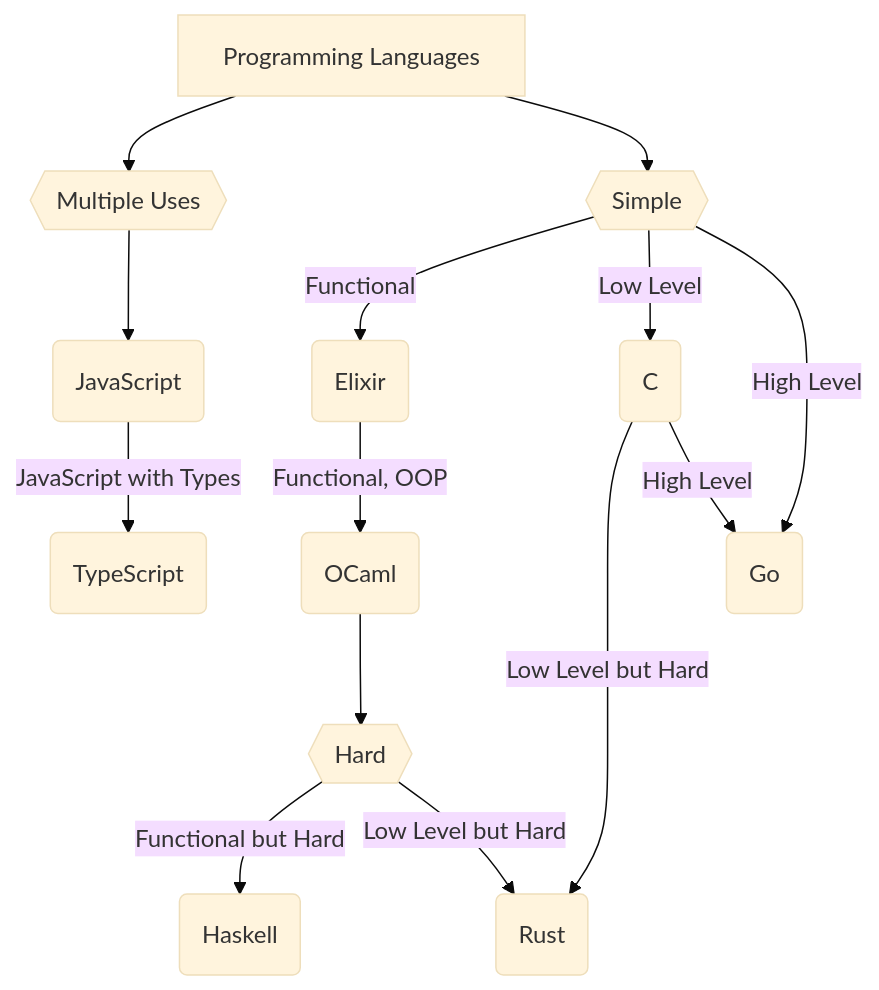
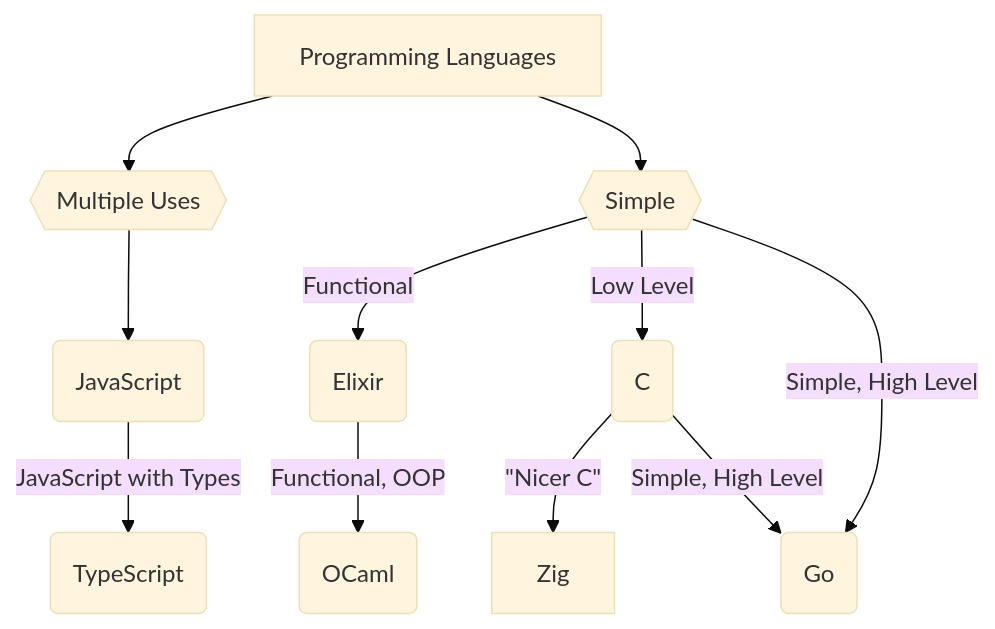
The diagram in README.md (ahmed-el-awad/languages-im-interested-in), drawn with Mermaid (base theme) before and after one commit.

Commit message:
remove Rust and Haskell, added Zig instead of Rust
Rust is not easy

````diff
--- a/README.md
+++ b/README.md
@@ -13,20 +13,19 @@
 ```mermaid
 graph
 	PLs[Programming Languages]
 
 	PLs --> Mu{{Multiple Uses}}
 	Mu --> JS(JavaScript)
 	JS -->|JavaScript with Types| TS(TypeScript)
 
 	PLs --> Simple{{Simple}}
 
-	Simple --> |Functional| Elixir(Elixir)
+    Simple --> |Functional| Elixir(Elixir)
+	Elixir --> |Functional, OOP| OCaml(OCaml)
+	
 	Simple --> |Low Level| C(C)
-	Simple --> |High Level| Go(Go)
-	Elixir -->|Functional, OOP| OCaml(OCaml)
-	OCaml --> Hard
-	Hard -->|Functional but Hard| Haskell(Haskell)
-	Hard{{Hard}} -->|Low Level but Hard| Rust(Rust)
-	C -->|Low Level but Hard| Rust
-	C -->|High Level| Go
+	Simple --> |Simple, High Level| Go(Go)
+
+	C -->|#quot;Nicer C#quot;| Zig
+	C -->|Simple, High Level| Go
 ```
````
